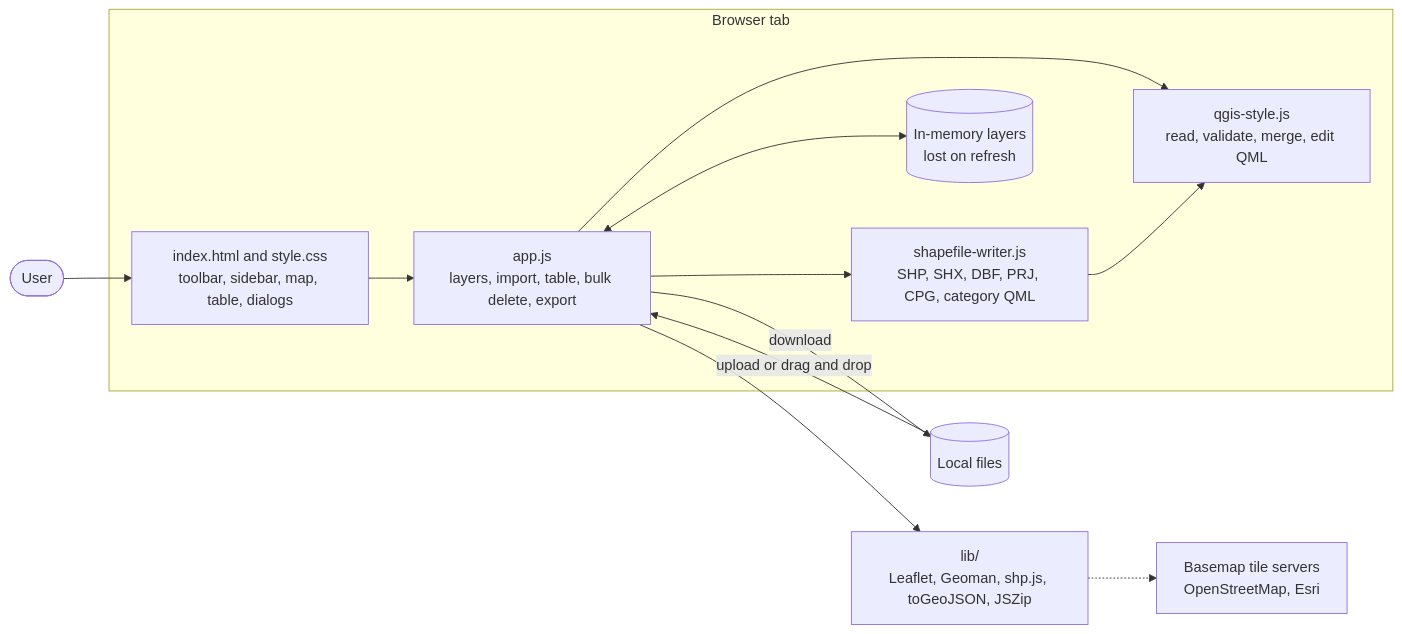
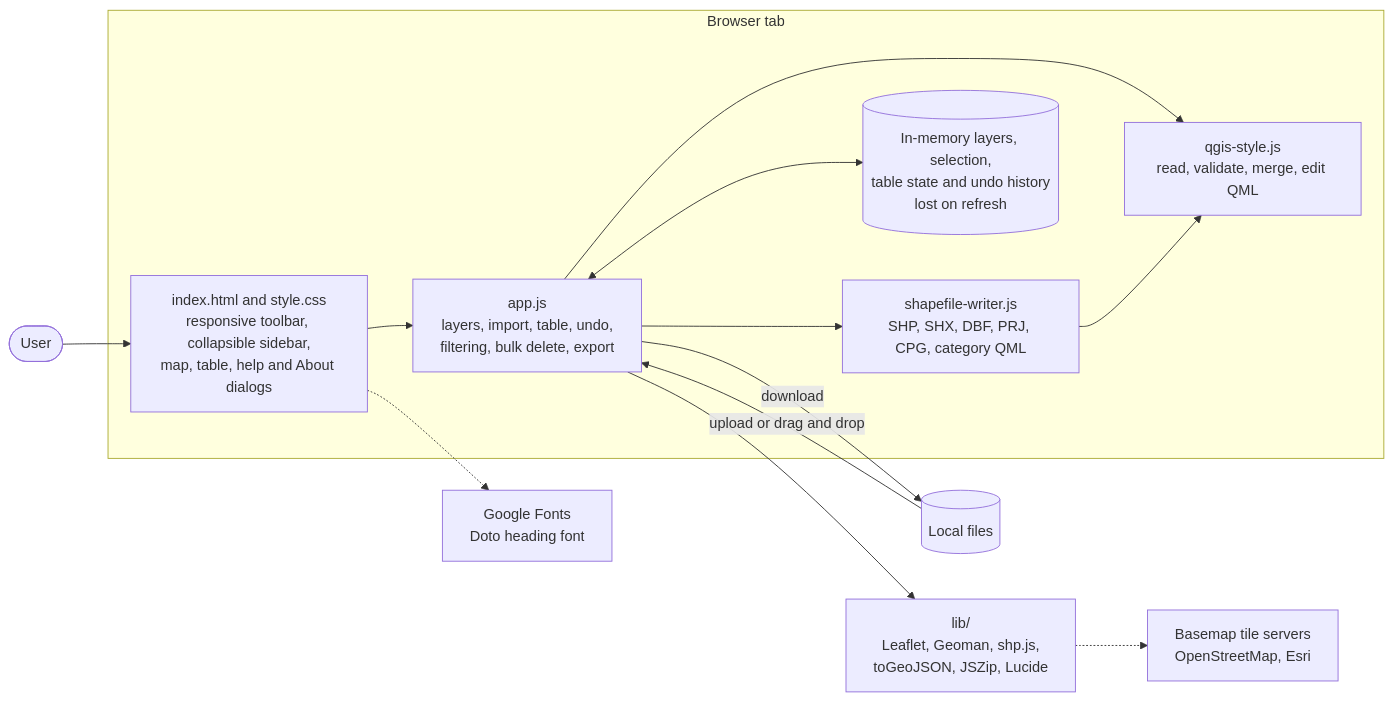
The first of 9 diagrams in FLOWCHART.md (telstra-joseph/geoeditor), drawn with Mermaid before and after one commit. The commit also changed other lines of this file and 2 other files, not shown here.

First line of the commit message:
Version 1.0: Update feature documentation, flowcharts, and help

````diff
--- a/FLOWCHART.md
+++ b/FLOWCHART.md
@@ -11,27 +13,29 @@
 ```mermaid
 flowchart LR
     User(["User"])
 
     subgraph Browser["Browser tab"]
-        UI["index.html and style.css<br/>toolbar, sidebar, map, table, dialogs"]
-        App["app.js<br/>layers, import, table, bulk delete, export"]
+        UI["index.html and style.css<br/>responsive toolbar, collapsible sidebar,<br/>map, table, help and About dialogs"]
+        App["app.js<br/>layers, import, table, undo,<br/>filtering, bulk delete, export"]
         Writer["shapefile-writer.js<br/>SHP, SHX, DBF, PRJ, CPG, category QML"]
         Style["qgis-style.js<br/>read, validate, merge, edit QML"]
-        State[("In-memory layers<br/>lost on refresh")]
+        State[("In-memory layers, selection,<br/>table state and undo history<br/>lost on refresh")]
     end
 
-    Libs["lib/<br/>Leaflet, Geoman, shp.js, toGeoJSON, JSZip"]
+    Libs["lib/<br/>Leaflet, Geoman, shp.js,<br/>toGeoJSON, JSZip, Lucide"]
     Tiles["Basemap tile servers<br/>OpenStreetMap, Esri"]
+    Fonts["Google Fonts<br/>Doto heading font"]
     Files[("Local files")]
 
     User --> UI
     UI --> App
     App <--> State
     App --> Writer
     App --> Style
     Writer --> Style
     App --> Libs
     Libs -.-> Tiles
+    UI -.-> Fonts
     Files -->|"upload or drag and drop"| App
     App -->|"download"| Files
 ```
````
